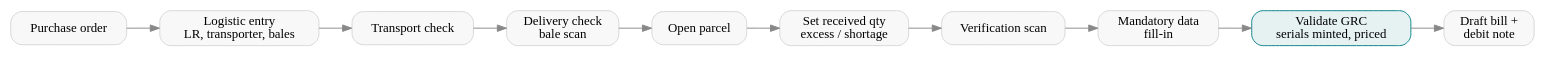
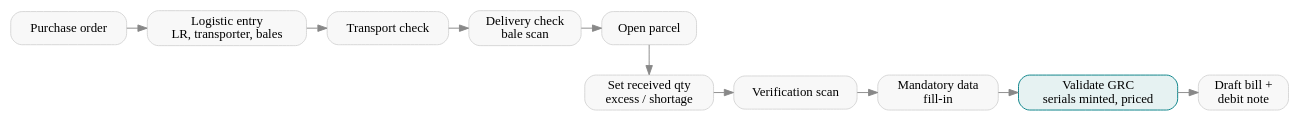
One commit to metalogicdigital/erp-docs changed the diagram in content/case_studies/retail/grc.rst. Above: the diagram before and after it, drawn with Graphviz. The commit also changed 8 other files, not shown here.

Commit message:
Make diagrams readable: sans-serif labels, wrap long flows into rows

```diff
--- a/content/case_studies/retail/grc.rst
+++ b/content/case_studies/retail/grc.rst
@@ -10,19 +10,23 @@
 .. graphviz::
    :caption: Inbound flow at the head office
 
    digraph g {
-      rankdir=LR;
+      rankdir=TB; nodesep=0.3; ranksep=0.45;
       node [shape=box, style="rounded,filled", fillcolor="#F8F8F8", color="#D5D5D5"];
       edge [color="#888888"];
-      po [label="Purchase order"];
-      le [label="Logistic entry\nLR, transporter, bales"];
-      tc [label="Transport check"];
-      dc [label="Delivery check\nbale scan"];
-      op [label="Open parcel"];
-      rq [label="Set received qty\nexcess / shortage"];
-      vs [label="Verification scan"];
-      md [label="Mandatory data\nfill-in"];
-      val [label="Validate GRC\nserials minted, priced", fillcolor="#e6f2f2", color="#017e84"];
-      bill [label="Draft bill +\ndebit note"];
-      po -> le -> tc -> dc -> op -> rq -> vs -> md -> val -> bill;
+      { rank=same;
+        po [label="Purchase order"];
+        le [label="Logistic entry\nLR, transporter, bales"];
+        tc [label="Transport check"];
+        dc [label="Delivery check\nbale scan"];
+        op [label="Open parcel"]; }
+      { rank=same;
+        rq [label="Set received qty\nexcess / shortage"];
+        vs [label="Verification scan"];
+        md [label="Mandatory data\nfill-in"];
+        val [label="Validate GRC\nserials minted, priced", fillcolor="#e6f2f2", color="#017e84"];
+        bill [label="Draft bill +\ndebit note"]; }
+      po -> le -> tc -> dc -> op;
+      op -> rq;
+      rq -> vs -> md -> val -> bill;
    }
```
